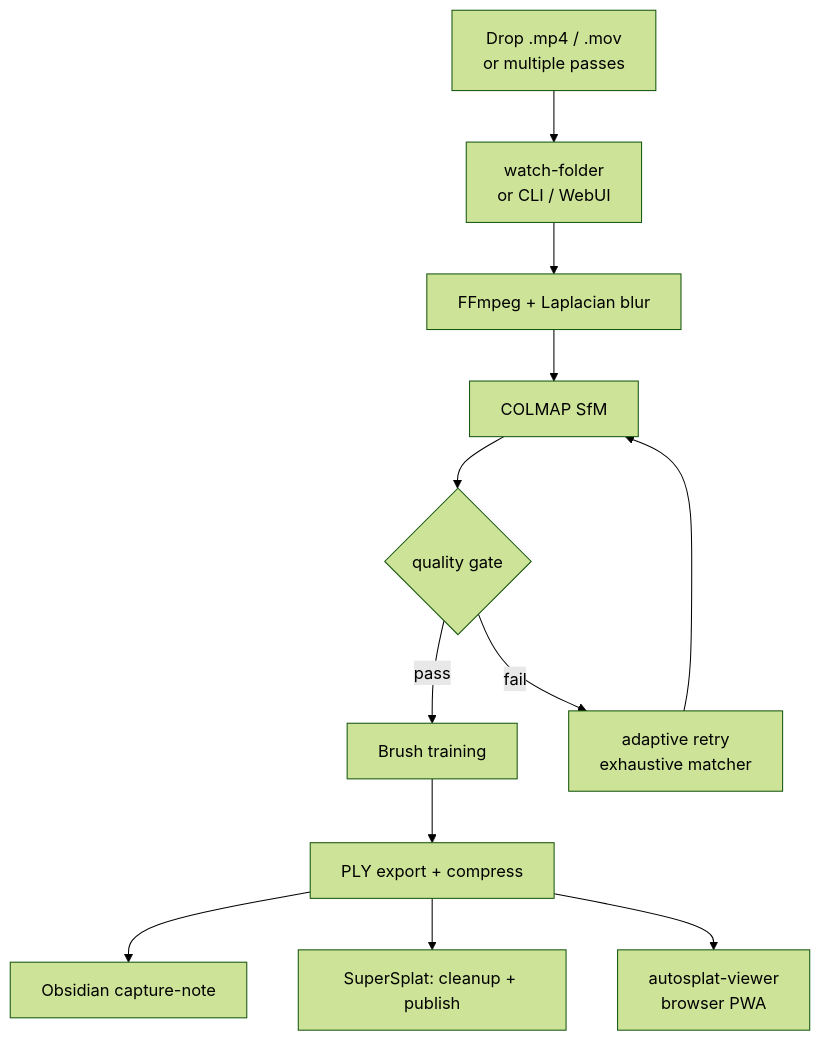
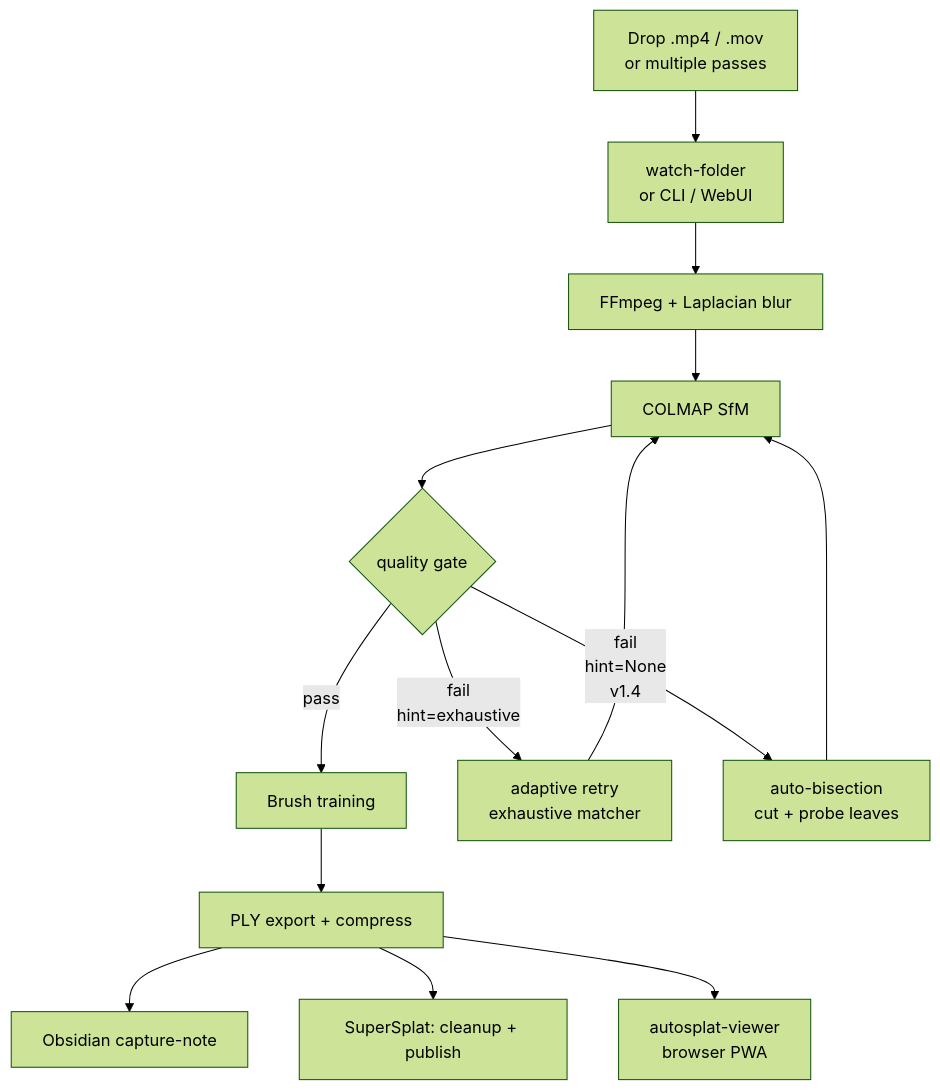
One commit to johannes-kaindl/autosplat changed the diagram in pipeline/README.md. Above: the diagram before and after it, drawn with Mermaid (forest theme). The commit also changed other lines of this file and 2 other files, not shown here.

````diff
--- a/pipeline/README.md
+++ b/pipeline/README.md
@@ -45,14 +45,16 @@
 ```mermaid
 flowchart TD
     A[Drop .mp4 / .mov<br/>or multiple passes] --> B[watch-folder<br/>or CLI / WebUI]
     B --> C[FFmpeg + Laplacian blur]
     C --> D[COLMAP SfM]
     D --> E{quality gate}
     E -->|pass| F[Brush training]
-    E -->|fail| R[adaptive retry<br/>exhaustive matcher]
+    E -->|fail<br/>hint=exhaustive| R[adaptive retry<br/>exhaustive matcher]
     R --> D
+    E -->|fail<br/>hint=None<br/>v1.4| BS[auto-bisection<br/>cut + probe leaves]
+    BS --> D
     F --> G[PLY export + compress]
     G --> H[Obsidian capture-note]
     G --> I[SuperSplat: cleanup + publish]
     G --> V[autosplat-viewer<br/>browser PWA]
 ```
````
